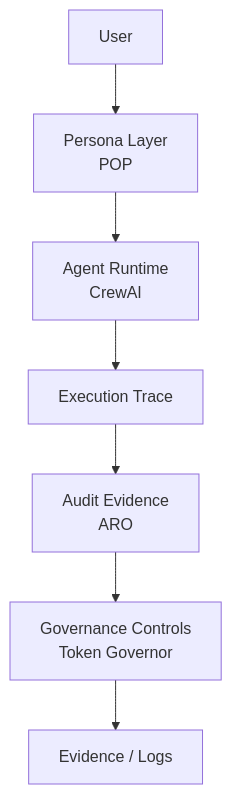
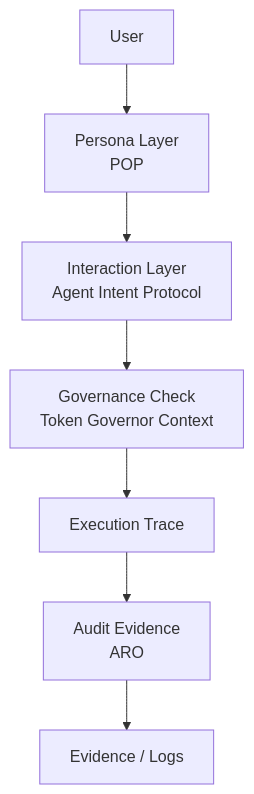
Before and after one commit to joy7758/verifiable-agent-demo: the diagram in docs/figures/ai-agent-governance-stack.mmd, drawn with Mermaid. The commit also changed 20 other files, not shown here.

Commit message:
feat: add explicit intent and result objects to verifiable agent demo

```diff
--- a/docs/figures/ai-agent-governance-stack.mmd
+++ b/docs/figures/ai-agent-governance-stack.mmd
@@ -1,23 +1,23 @@
 flowchart TB
 
 User --> Persona
 
 Persona[Persona Layer<br>POP]
 
-Persona --> Runtime
+Persona --> Interaction
 
-Runtime[Agent Runtime<br>CrewAI]
+Interaction[Interaction Layer<br>Agent Intent Protocol]
 
-Runtime --> Trace
+Interaction --> Governance
+
+Governance[Governance Check<br>Token Governor Context]
+
+Governance --> Trace
 
 Trace[Execution Trace]
 
 Trace --> Audit
 
 Audit[Audit Evidence<br>ARO]
 
-Audit --> Governance
-
-Governance[Governance Controls<br>Token Governor]
-
-Governance --> Output[Evidence / Logs]
+Audit --> Output[Evidence / Logs]
```
